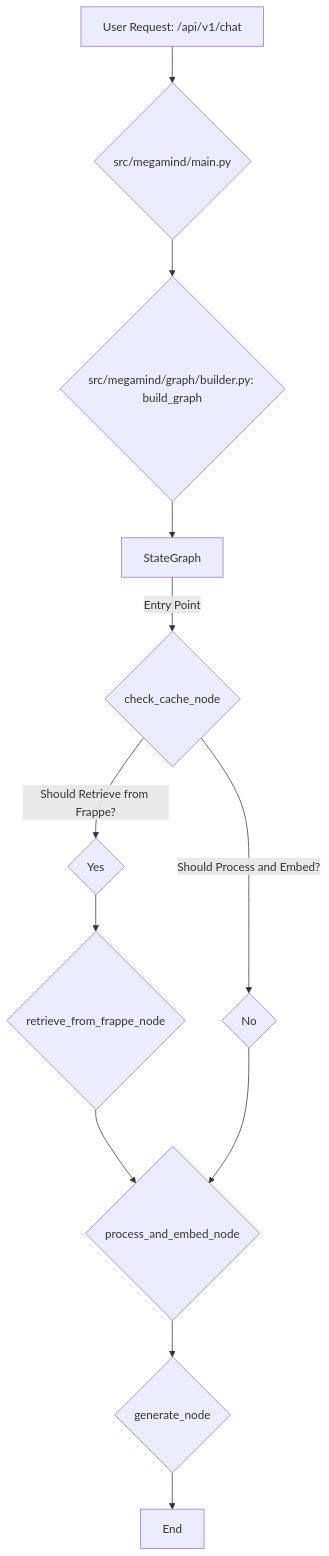
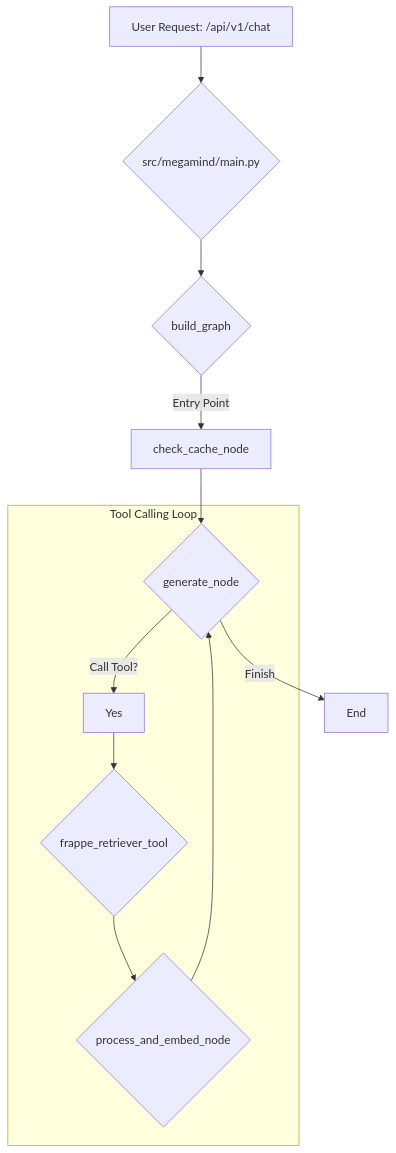
The diagram in CODEBASE_OVERVIEW.md (belee-aim/megamind), drawn with Mermaid before and after one commit. The commit also changed other lines of this file, not shown here.

Commit message:
fix: document

````diff
--- a/CODEBASE_OVERVIEW.md
+++ b/CODEBASE_OVERVIEW.md
@@ -63,14 +68,14 @@
 ```mermaid
 graph TD
     A[User Request: /api/v1/chat] --> B{src/megamind/main.py};
-    B --> C{src/megamind/graph/builder.py: build_graph};
-    C --> D[StateGraph];
-    D -- Entry Point --> E{check_cache_node};
-    E -- Should Retrieve from Frappe? --> F{Yes};
-    E -- Should Process and Embed? --> G{No};
-    F --> H{retrieve_from_frappe_node};
-    H --> I{process_and_embed_node};
-    G --> I;
-    I --> J{generate_node};
-    J --> K[End];
+    B --> C{build_graph};
+    C -- Entry Point --> D[check_cache_node];
+    D --> E{generate_node};
+    subgraph "Tool Calling Loop"
+        E -- Call Tool? --> F[Yes];
+        F --> G{frappe_retriever_tool};
+        G --> H{process_and_embed_node};
+        H --> E;
+    end
+    E -- Finish --> I[End];
 ```
````
